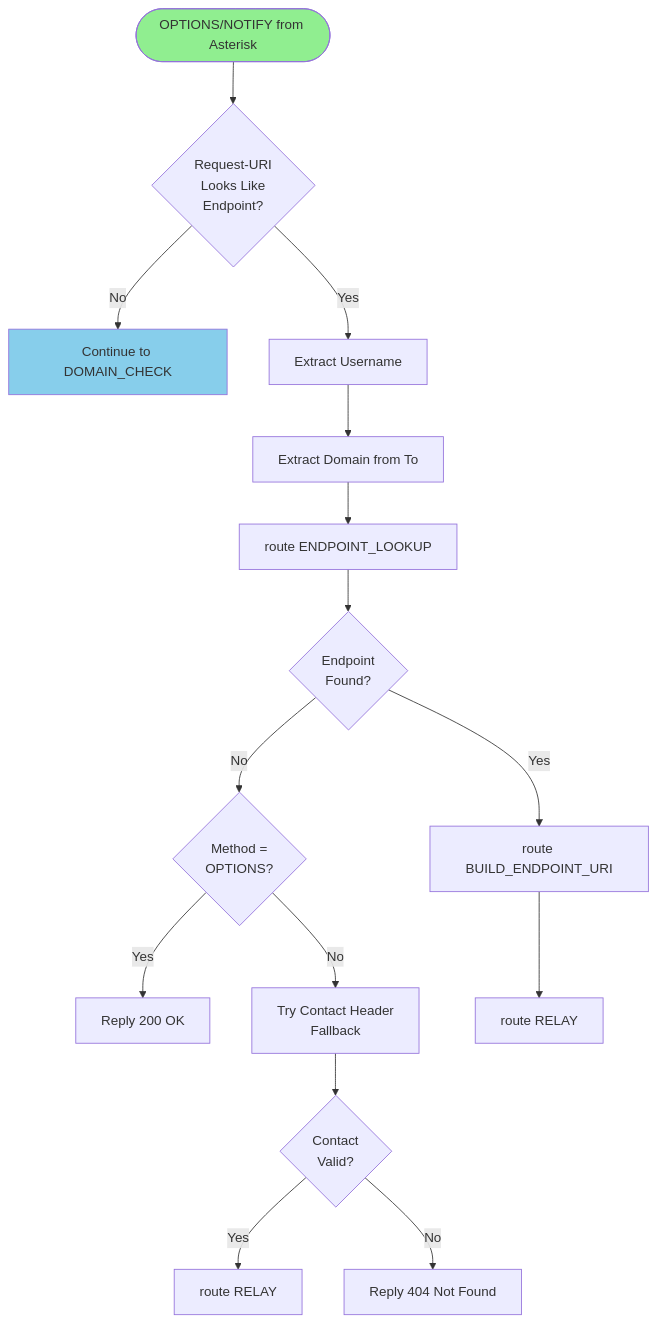
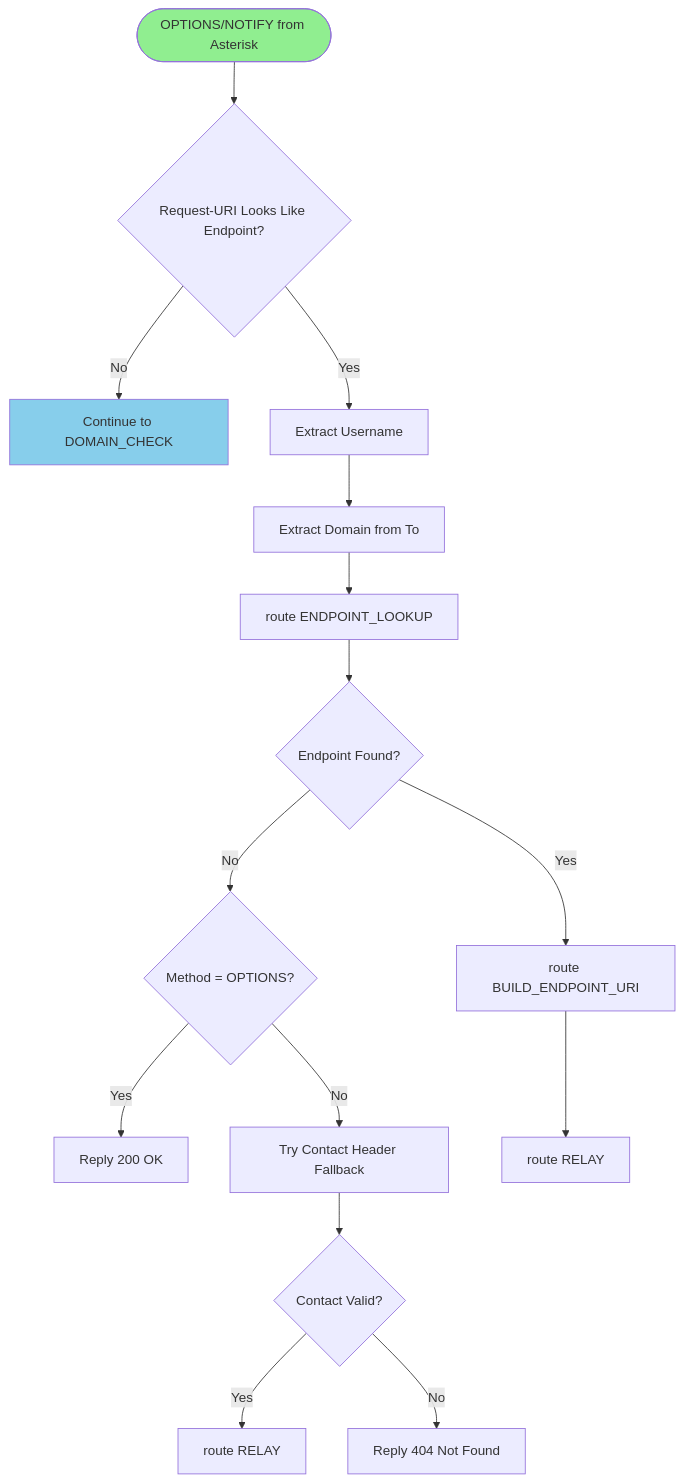
Before and after one commit to aelintra/pbx3sbc: diagram 12 of 13 in docs/OPENSIPS-LOGIC-DIAGRAM.md, drawn with Mermaid. The commit also changed other lines of this file, not shown here.

First line of the commit message:
Fix Mermaid diagram syntax: Remove unsupported HTML tags

````diff
--- a/docs/OPENSIPS-LOGIC-DIAGRAM.md
+++ b/docs/OPENSIPS-LOGIC-DIAGRAM.md
@@ -316,20 +316,20 @@
 ```mermaid
 flowchart TD
-    Start([OPTIONS/NOTIFY from Asterisk]) --> CheckEndpointURI{Request-URI<br/>Looks Like<br/>Endpoint?}
+    Start([OPTIONS/NOTIFY from Asterisk]) --> CheckEndpointURI{Request-URI Looks Like Endpoint?}
     CheckEndpointURI -->|No| RouteDomainCheck[Continue to DOMAIN_CHECK]
     CheckEndpointURI -->|Yes| ExtractUser[Extract Username]
     ExtractUser --> ExtractDomain[Extract Domain from To]
     ExtractDomain --> LookupEndpoint[route ENDPOINT_LOOKUP]
-    LookupEndpoint --> Found{Endpoint<br/>Found?}
+    LookupEndpoint --> Found{Endpoint Found?}
     Found -->|Yes| BuildURI[route BUILD_ENDPOINT_URI]
-    Found -->|No| CheckMethod{Method =<br/>OPTIONS?}
+    Found -->|No| CheckMethod{Method = OPTIONS?}
     CheckMethod -->|Yes| Reply200[Reply 200 OK]
-    CheckMethod -->|No| TryContact[Try Contact Header<br/>Fallback]
-    TryContact --> ContactFound{Contact<br/>Valid?}
+    CheckMethod -->|No| TryContact[Try Contact Header Fallback]
+    TryContact --> ContactFound{Contact Valid?}
     ContactFound -->|Yes| RelayContact[route RELAY]
     ContactFound -->|No| Reply404[Reply 404 Not Found]
     BuildURI --> Relay[route RELAY]
     
     style Start fill:#90EE90
     style RouteDomainCheck fill:#87CEEB
 ```
````
